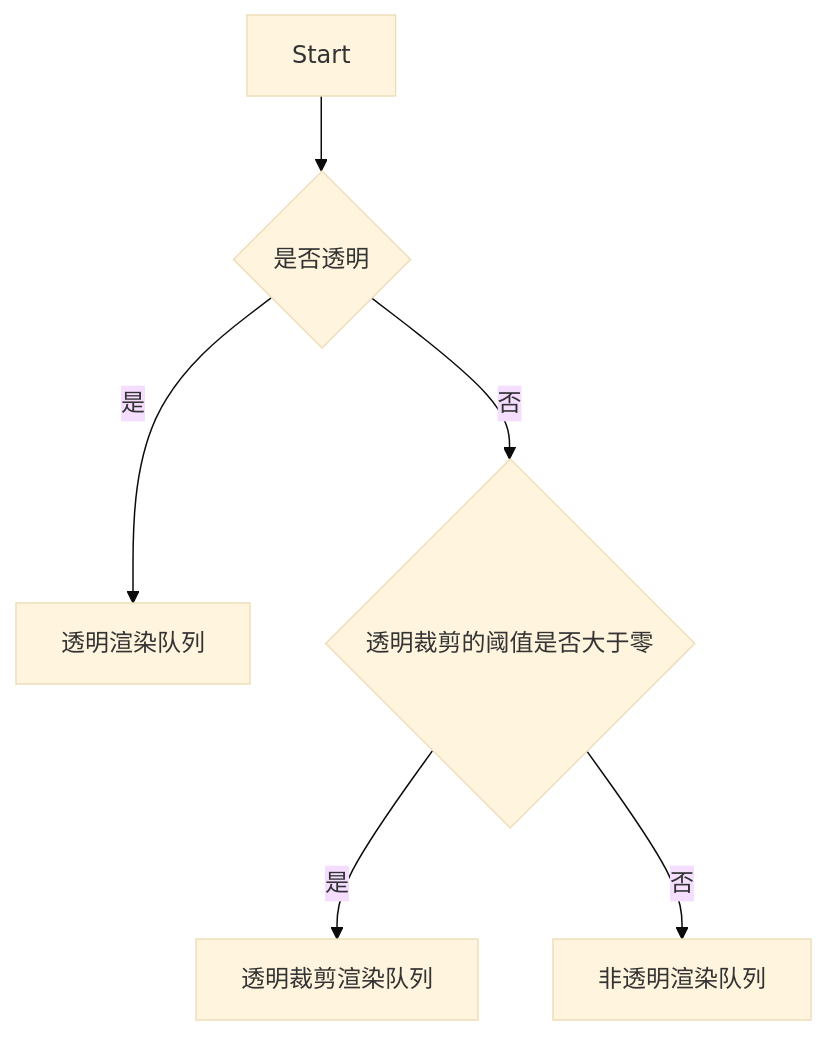
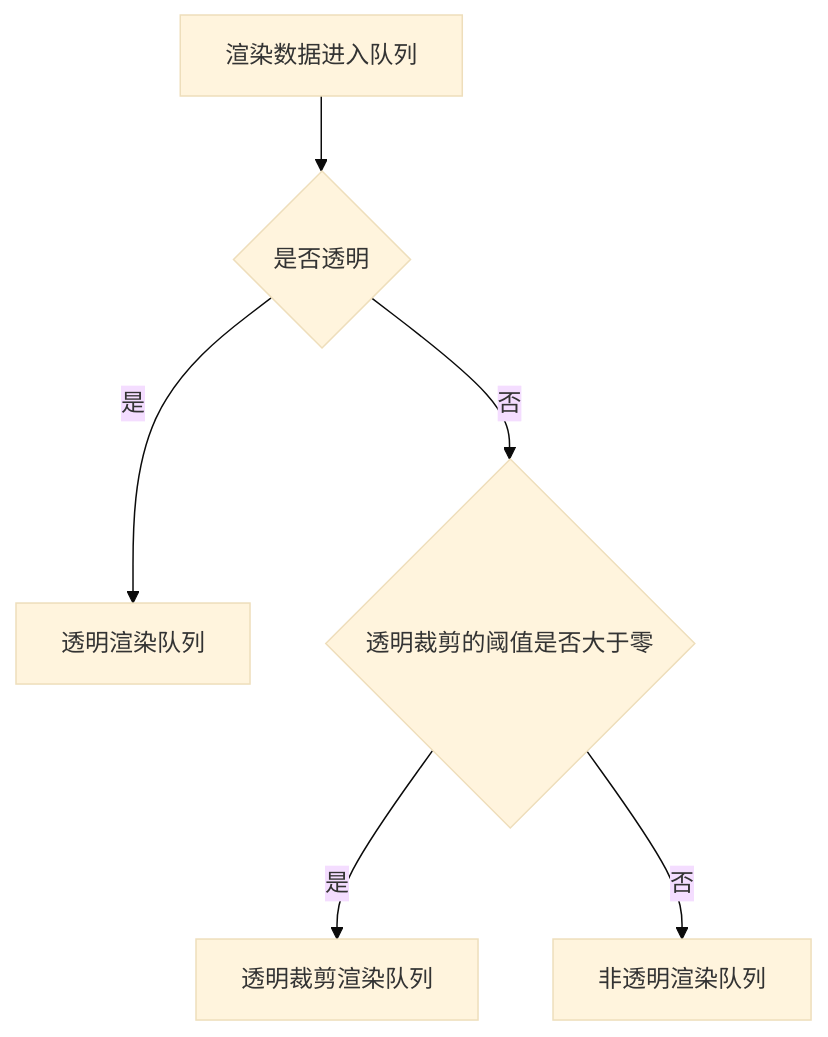
Before and after one commit to galacean/galacean.github.io: the first of 2 diagrams in docs/graphics-renderer-order.zh-CN.md, drawn with Mermaid (base theme). The commit also changed other lines of this file, not shown here.

````diff
--- a/docs/graphics-renderer-order.zh-CN.md
+++ b/docs/graphics-renderer-order.zh-CN.md
@@ -22,8 +22,8 @@
 ```mermaid
 flowchart TD
-    A[Start] --> B{是否透明}
+    A[渲染数据进入队列] --> B{是否透明}
     B -->|是| C[透明渲染队列]
     B -->|否| D{透明裁剪的阈值是否大于零}
     D -->|是| E[透明裁剪渲染队列]
     D -->|否| F[非透明渲染队列]
 ```
````
